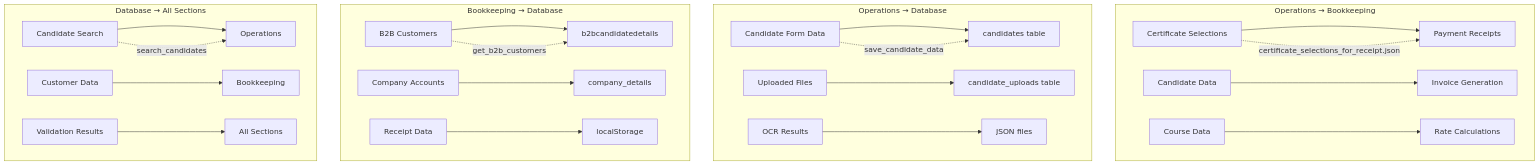
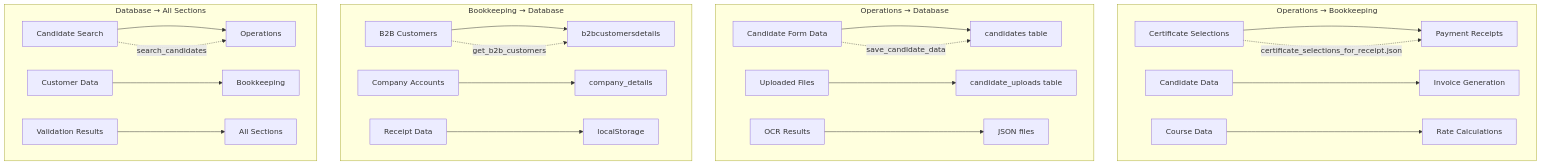
Before and after one commit to sushantshinde2401/saved_backup: the seventh of 7 diagrams in ProjectFlow.md, drawn with Mermaid. The commit also changed other lines of this file and 370 other files, not shown here.

````diff
--- a/ProjectFlow.md
+++ b/ProjectFlow.md
@@ -734,32 +734,32 @@
 ```mermaid
 flowchart TD
     subgraph "Operations → Bookkeeping"
         A1[Certificate Selections] --> B1[Payment Receipts]
         A2[Candidate Data] --> B2[Invoice Generation]
         A3[Course Data] --> B3[Rate Calculations]
     end
 
     subgraph "Operations → Database"
         A4[Candidate Form Data] --> C1[candidates table]
         A5[Uploaded Files] --> C2[candidate_uploads table]
         A6[OCR Results] --> C3[JSON files]
     end
 
     subgraph "Bookkeeping → Database"
-        B4[B2B Customers] --> C4[b2bcandidatedetails]
+        B4[B2B Customers] --> C4[b2bcustomersdetails]
         B5[Company Accounts] --> C5[company_details]
         B6[Receipt Data] --> C6[localStorage]
     end
 
     subgraph "Database → All Sections"
         C7[Candidate Search] --> D1[Operations]
         C8[Customer Data] --> D2[Bookkeeping]
         C9[Validation Results] --> D3[All Sections]
     end
 
     %% Data Dependencies
     A1 -.->|certificate_selections_for_receipt.json| B1
     A4 -.->|save_candidate_data| C1
     B4 -.->|get_b2b_customers| C4
     C7 -.->|search_candidates| D1
 ```
````
